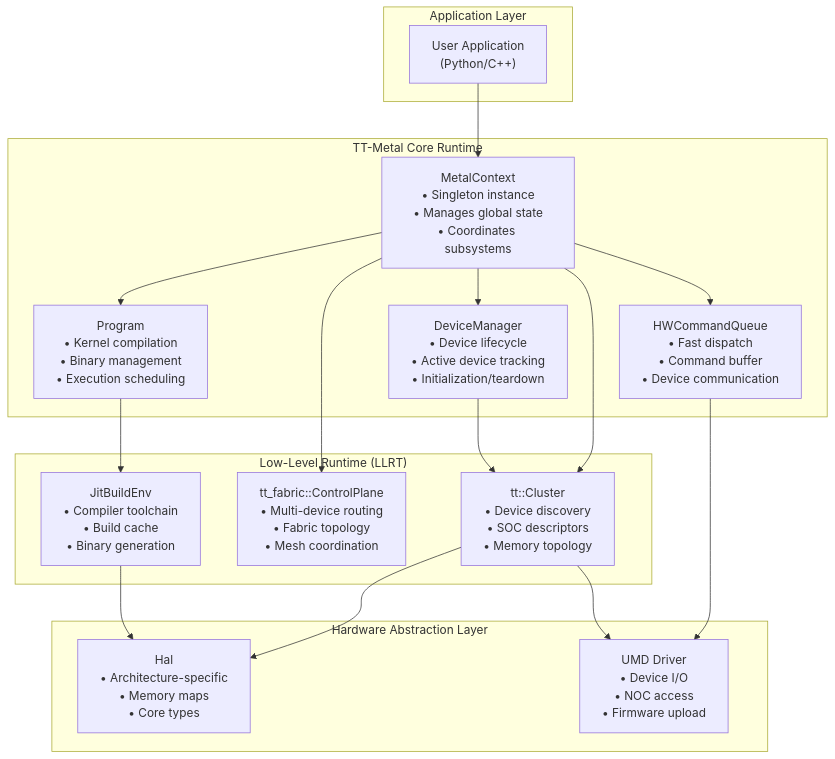
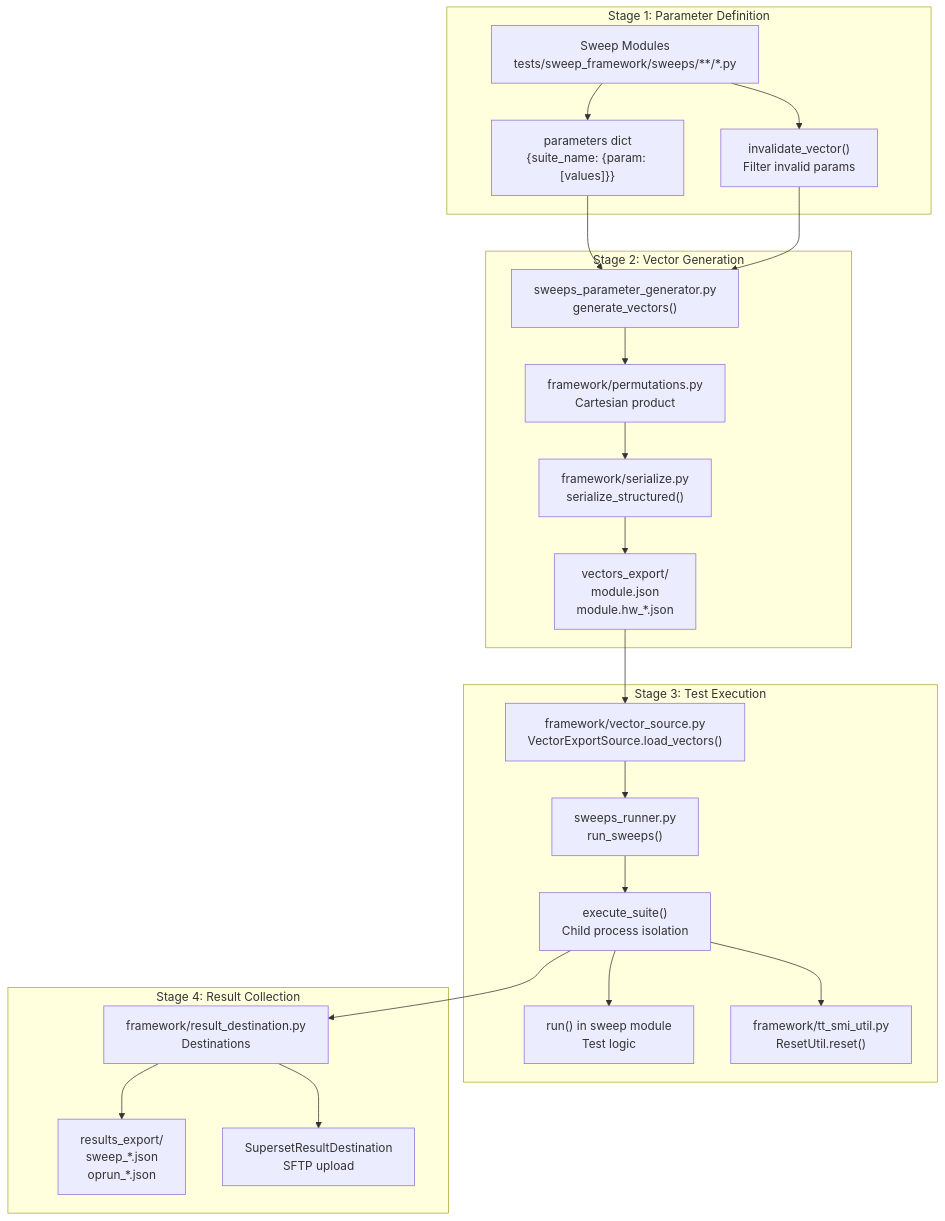
One commit to HuangJunjie-PhD/TT-Metal-Analysis changed the first of 3 diagrams in docs/tt-metal/2-core-runtime-system-(tt-metalium).md. Above: the diagram before and after it, drawn with Mermaid. The commit also changed other lines of this file and 48 other files, not shown here.

First line of the commit message:
Complete diagram embedding: 100% coverage across all 54 files

````diff
--- a/docs/tt-metal/2-core-runtime-system-(tt-metalium).md
+++ b/docs/tt-metal/2-core-runtime-system-(tt-metalium).md
@@ -85,39 +84,47 @@
 ```mermaid
 graph TB
-    subgraph "Application Layer"
-        UserCode["User Application<br/>(Python/C++)"]
+    subgraph "Stage 1: Parameter Definition"
+        SweepModules["Sweep Modules<br/>tests/sweep_framework/sweeps/**/*.py"]
+        Parameters["parameters dict<br/>{suite_name: {param: [values]}}"]
+        InvalidateFunc["invalidate_vector()<br/>Filter invalid params"]
     end
     
-    subgraph "TT-Metal Core Runtime"
-        MetalContext["MetalContext<br/>• Singleton instance<br/>• Manages global state<br/>• Coordinates subsystems"]
-        DeviceManager["DeviceManager<br/>• Device lifecycle<br/>• Active device tracking<br/>• Initialization/teardown"]
-        Program["Program<br/>• Kernel compilation<br/>• Binary management<br/>• Execution scheduling"]
-        HWCommandQueue["HWCommandQueue<br/>• Fast dispatch<br/>• Command buffer<br/>• Device communication"]
+    subgraph "Stage 2: Vector Generation"
+        Generator["sweeps_parameter_generator.py<br/>generate_vectors()"]
+        Permutations["framework/permutations.py<br/>Cartesian product"]
+        Serialize["framework/serialize.py<br/>serialize_structured()"]
+        VectorExport["vectors_export/<br/>module.json<br/>module.hw_*.json"]
     end
     
-    subgraph "Low-Level Runtime (LLRT)"
-        Cluster["tt::Cluster<br/>• Device discovery<br/>• SOC descriptors<br/>• Memory topology"]
-        ControlPlane["tt_fabric::ControlPlane<br/>• Multi-device routing<br/>• Fabric topology<br/>• Mesh coordination"]
-        JitBuildEnv["JitBuildEnv<br/>• Compiler toolchain<br/>• Build cache<br/>• Binary generation"]
+    subgraph "Stage 3: Test Execution"
+        Runner["sweeps_runner.py<br/>run_sweeps()"]
+        VectorSource["framework/vector_source.py<br/>VectorExportSource.load_vectors()"]
+        ExecuteSuite["execute_suite()<br/>Child process isolation"]
+        RunFunc["run() in sweep module<br/>Test logic"]
+        ResetUtil["framework/tt_smi_util.py<br/>ResetUtil.reset()"]
     end
     
-    subgraph "Hardware Abstraction Layer"
-        HAL["Hal<br/>• Architecture-specific<br/>• Memory maps<br/>• Core types"]
-        UMD["UMD Driver<br/>• Device I/O<br/>• NOC access<br/>• Firmware upload"]
+    subgraph "Stage 4: Result Collection"
+        ResultDest["framework/result_destination.py<br/>Destinations"]
+        ResultExport["results_export/<br/>sweep_*.json<br/>oprun_*.json"]
+        SupersetDest["SupersetResultDestination<br/>SFTP upload"]
     end
     
-    UserCode --> MetalContext
-    MetalContext --> DeviceManager
-    MetalContext --> Program
-    MetalContext --> HWCommandQueue
-    MetalContext --> Cluster
-    MetalContext --> ControlPlane
+    SweepModules --> Parameters
+    SweepModules --> InvalidateFunc
+    Parameters --> Generator
+    InvalidateFunc --> Generator
+    Generator --> Permutations
+    Permutations --> Serialize
+    Serialize --> VectorExport
     
-    DeviceManager --> Cluster
-    Program --> JitBuildEnv
-    HWCommandQueue --> UMD
+    VectorExport --> VectorSource
+    VectorSource --> Runner
+    Runner --> ExecuteSuite
+    ExecuteSuite --> RunFunc
+    ExecuteSuite --> ResetUtil
     
-    Cluster --> HAL
-    Cluster --> UMD
-    JitBuildEnv --> HAL
+    ExecuteSuite --> ResultDest
+    ResultDest --> ResultExport
+    ResultDest --> SupersetDest
 ```
````
